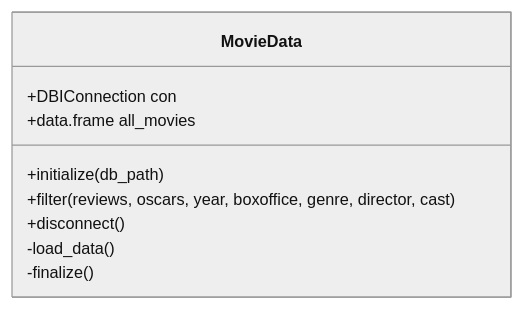
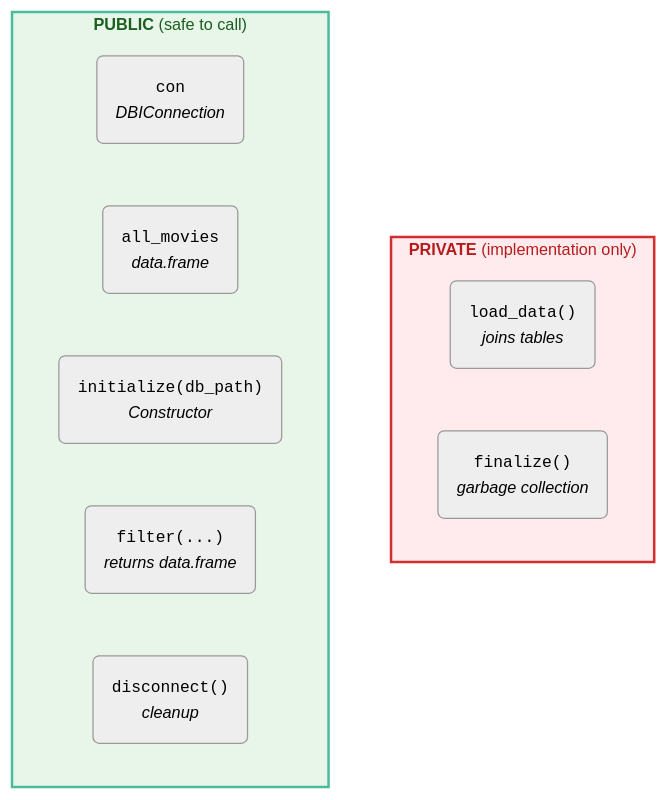
One commit to mjfrigaard/shiny-app-pkgs changed the second of 4 diagrams in r6.qmd. Above: the diagram before and after it, drawn with Mermaid. The commit also changed other lines of this file and 61 other files, not shown here.

````diff
--- a/r6.qmd
+++ b/r6.qmd
@@ -193,19 +224,26 @@
 ```{mermaid}
-%%| fig-cap: 'movexplR6 at a glance'
+%%| fig-cap: 'MovieData R6 class: public interface vs. private internals'
 %%| fig-align: center
-%%| eval: true 
-%%| echo: false 
+%%| eval: true
+%%| echo: false
 %%{init: {'theme': 'neutral', 'themeVariables': { 'fontFamily': 'monospace', "fontSize":"13px"}}}%%
 
-classDiagram
-  class MovieData {
-    +DBIConnection con
-    +data.frame all_movies
-    +initialize(db_path)
-    +filter(reviews, oscars, year, boxoffice, genre, director, cast)
-    +disconnect()
-    -load_data()
-    -finalize()
-  }
+flowchart TB
+
+  subgraph Private["<strong>PRIVATE</strong> (implementation only)<br>"]
+    LoadData("<code>load_data()</code><br><em>joins tables</em>")
+    Finalize("<code>finalize()</code><br><em>garbage collection</em>")
+  end
   
+  subgraph Public["<strong>PUBLIC</strong> (safe to call)"]
+    Con("<code>con</code><br><em>DBIConnection</em>")
+    AllMovies("<code>all_movies</code><br><em>data.frame</em>")
+    Init("<code>initialize(db_path)</code><br><em>Constructor</em>")
+    Filter("<code>filter(...)</code><br><em>returns data.frame</em>")
+    Disconnect("<code>disconnect()</code><br><em>cleanup</em>")
+  end
+  
+  style Private fill:#FFEBEE,color:#B71C1C,stroke:#D32F2F,stroke-width:2px
+  style Public fill:#E8F5E9,color:#1B5E20,stroke:#4CBB9D,stroke-width:2px
+
 ```
````
